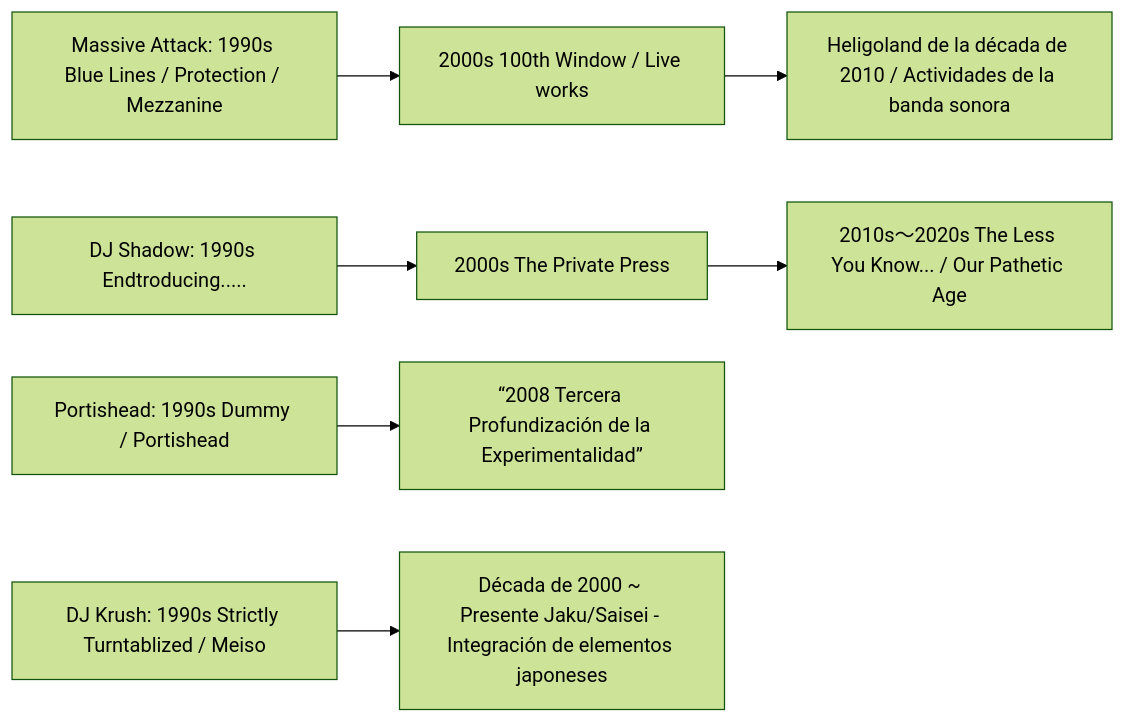
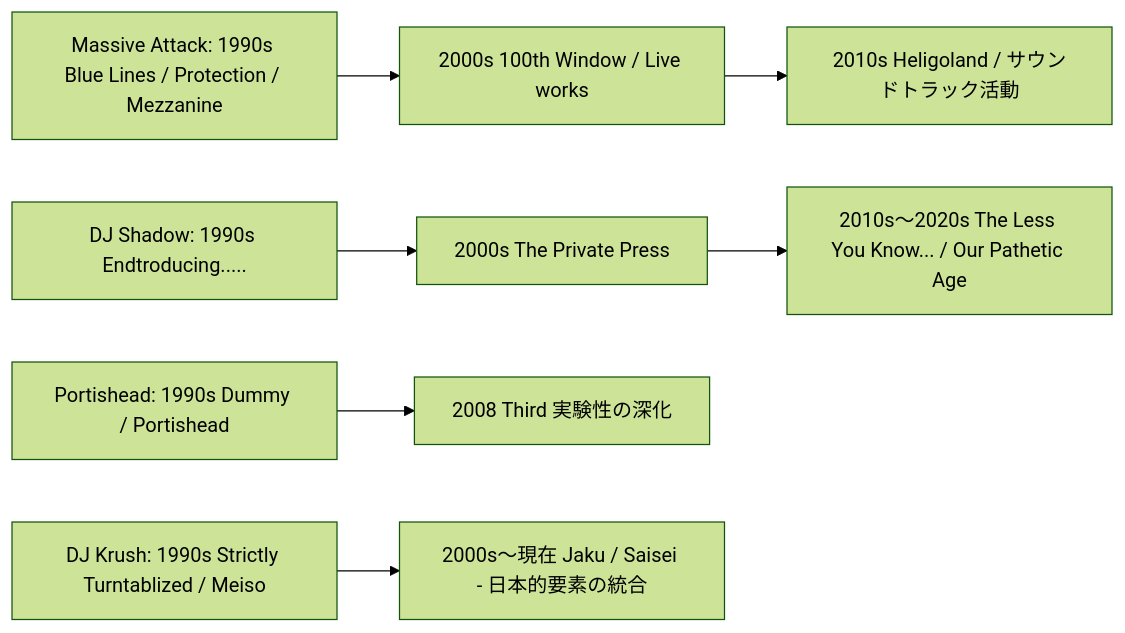
One commit to monumental-movement/monumental-movement.github.io changed the second of 2 diagrams in es/_posts/2025-09-21-Column-Triphop.md. Above: the diagram before and after it, drawn with Mermaid (forest theme). The commit also changed other lines of this file and 299 other files, not shown here.

```diff
--- a/es/_posts/2025-09-21-Column-Triphop.md
+++ b/es/_posts/2025-09-21-Column-Triphop.md
@@ -67,21 +67,21 @@
 <div class="mermaid">
 flowchart LR
     MA90["Massive Attack: 1990s Blue Lines / Protection / Mezzanine"]
     MA00["2000s 100th Window / Live works"]
-    MA10["Heligoland de la década de 2010 / Actividades de la banda sonora"]
+    MA10["2010s Heligoland / サウンドトラック活動"]
 
     SH90["DJ Shadow: 1990s Endtroducing....."]
     SH00["2000s The Private Press"]
     SH10["2010s〜2020s The Less You Know... / Our Pathetic Age"]
 
     PK90["Portishead: 1990s Dummy / Portishead"]
-    PK10[“2008 Tercera Profundización de la Experimentalidad”]
+    PK10["2008 Third 実験性の深化"]
 
     KR90["DJ Krush: 1990s Strictly Turntablized / Meiso"]
-    KR00["Década de 2000 ~ Presente Jaku/Saisei - Integración de elementos japoneses"]
+    KR00["2000s〜現在 Jaku / Saisei - 日本的要素の統合"]
 
     MA90 --> MA00 --> MA10
     SH90 --> SH00 --> SH10
     PK90 --> PK10
     KR90 --> KR00
 </div>
```
